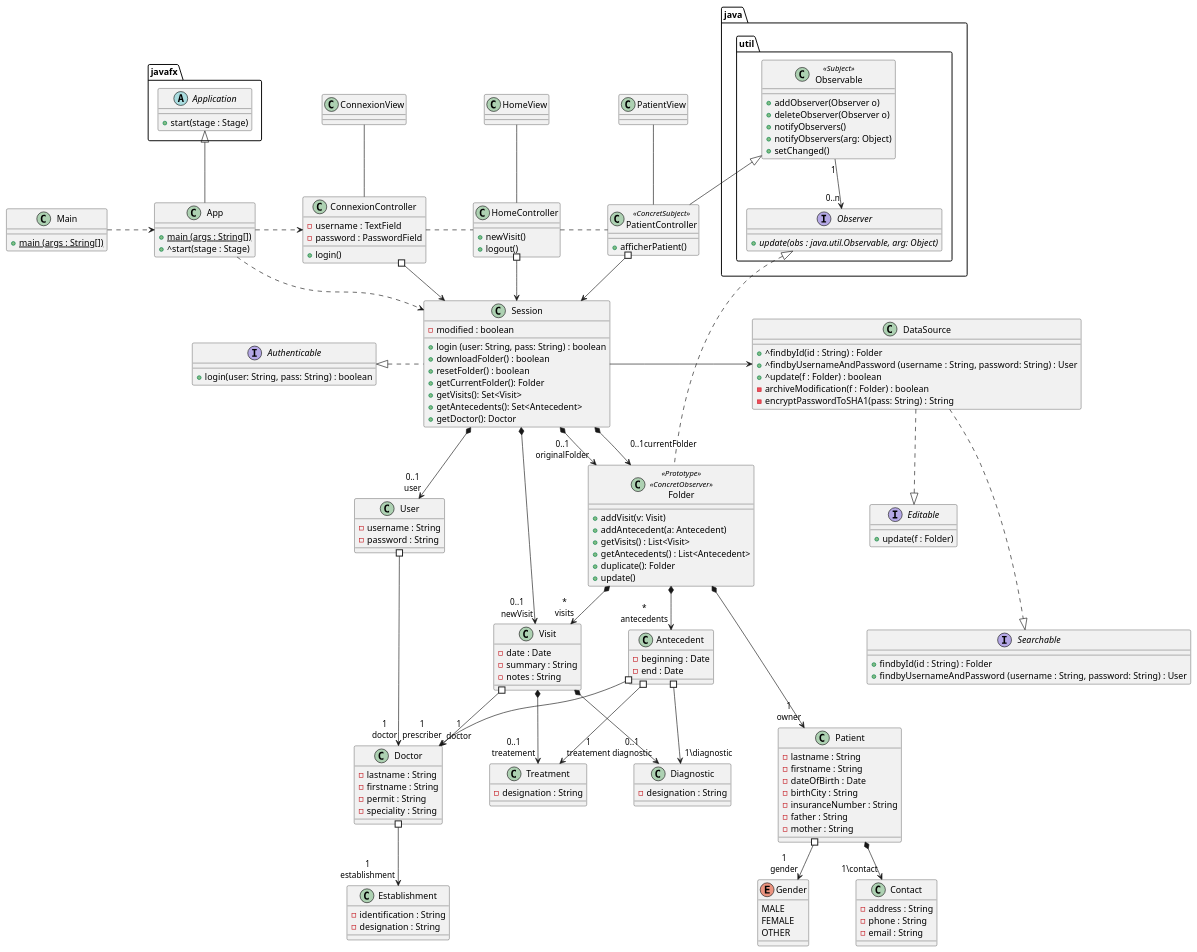
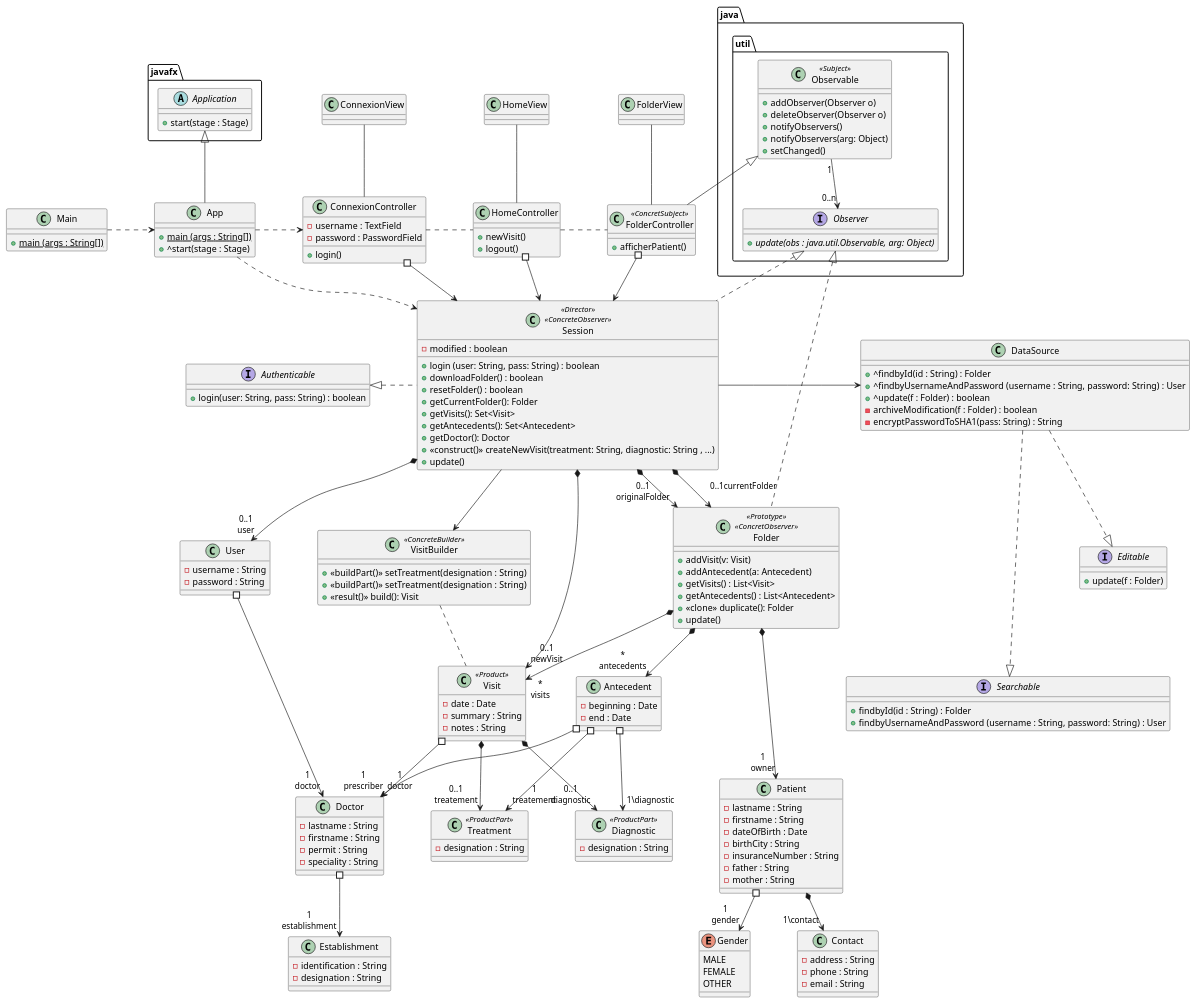
Before and after one commit to fethiuqam/INF5153-Projet-Session: the diagram in models/Diagramme_Classes/implementation/class_diagram.puml, drawn with PlantUML. The commit also changed 14 other files, not shown here.

Commit message:
mise a jour des diagrammes des patern

```diff
--- a/models/Diagramme_Classes/implementation/class_diagram.puml
+++ b/models/Diagramme_Classes/implementation/class_diagram.puml
@@ -28,11 +28,11 @@
     + addAntecedent(a: Antecedent)
     + getVisits() : List<Visit>
     + getAntecedents() : List<Antecedent>
-    + duplicate(): Folder
+    + <<clone>> duplicate(): Folder
     + update()
 }
 
-class Visit {
+class Visit <<Product>> {
     - date : Date
     - summary : String
     - notes : String
@@ -43,11 +43,11 @@
     - end : Date
 }
 
-class Diagnostic {
+class Diagnostic <<ProductPart>> {
     - designation : String
 }
 
-class Treatment {
+class Treatment <<ProductPart>>{
     - designation : String
 }
 
@@ -85,7 +85,7 @@
     - encryptPasswordToSHA1(pass: String) : String
 }
 
-class Session {
+class Session <<Director>> <<ConcreteObserver>> {
     - modified : boolean
     + login (user: String, pass: String) : boolean
     + downloadFolder() : boolean
@@ -94,18 +94,26 @@
     + getVisits(): Set<Visit>
     + getAntecedents(): Set<Antecedent>
     + getDoctor(): Doctor
+    + <<construct()>> createNewVisit(treatment: String, diagnostic: String , ...)
+    + update()
+}
+
+class VisitBuilder <<ConcreteBuilder>> {
+  + <<buildPart()>> setTreatment(designation : String)
+  + <<buildPart()>> setTreatment(designation : String)
+  + <<result()>> build(): Visit
 }
 
 interface Authenticable {
     + login(user: String, pass: String) : boolean
 }
 
-class PatientView{
+class FolderView{
 
 }
 
 
-class PatientController <<ConcretSubject>> {
+class FolderController <<ConcretSubject>> {
     + afficherPatient()
 }
 
@@ -186,17 +194,22 @@
 
 ConnexionView -- ConnexionController
 HomeView -- HomeController
-PatientView --PatientController
+FolderView --FolderController
 
 ConnexionController #--> Session
 HomeController #--> Session
-PatientController #--> Session
+FolderController #--> Session
 
 ConnexionController . HomeController
-HomeController . PatientController
+HomeController . FolderController
 
-java.util.Observable <|-- PatientController
+Session -->  VisitBuilder
+VisitBuilder . Visit
+
+
+java.util.Observable <|-- FolderController
 java.util.Observer <|.. Folder
+java.util.Observer <|.. Session
 java.util.Observable "1" --> "0..n" java.util.Observer
 
 
```
